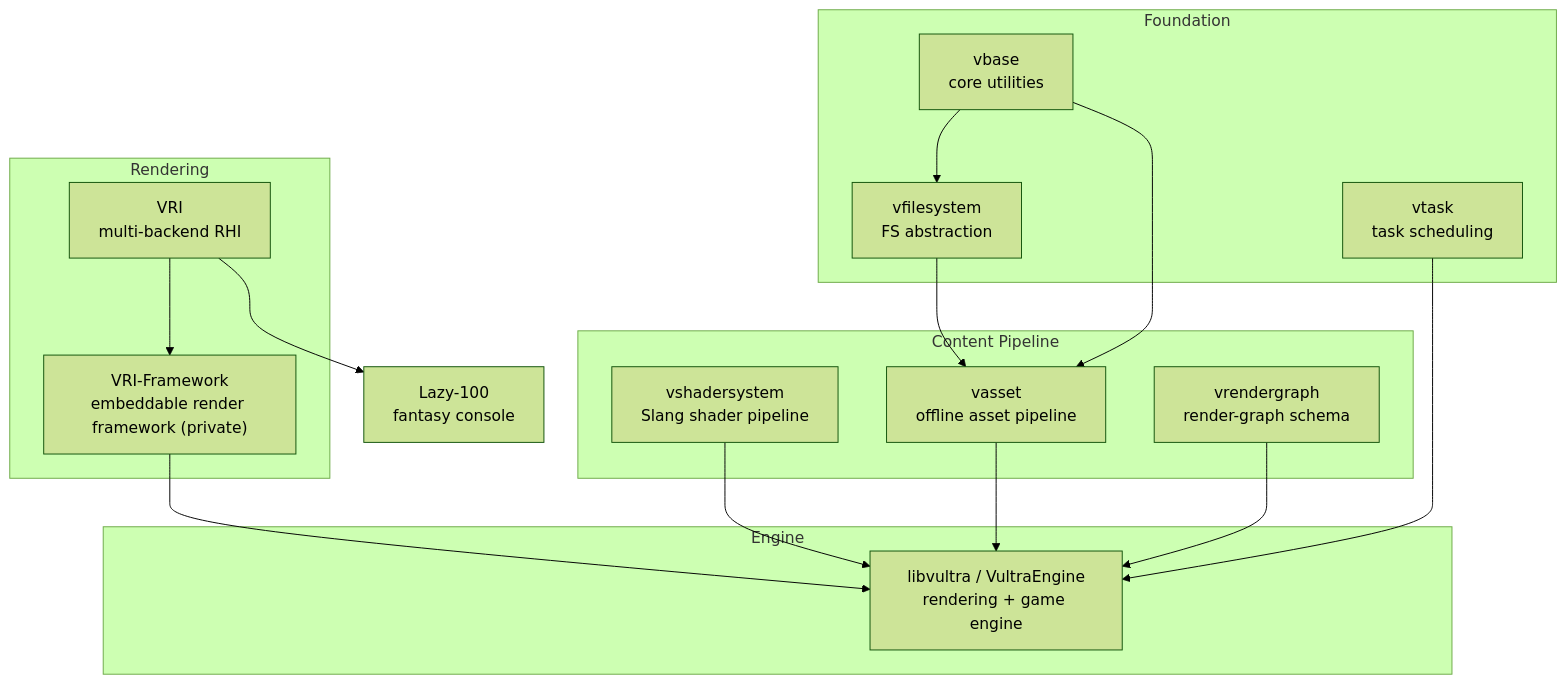
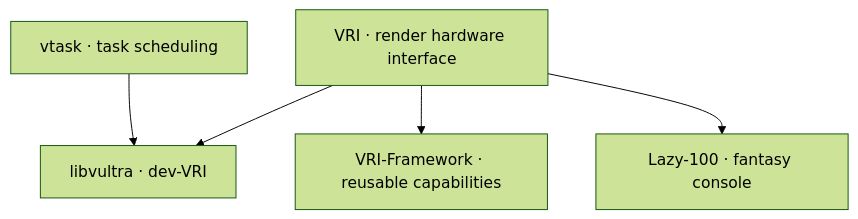
One commit to zzxzzk115/zzxzzk115.github.io changed the diagram in content/projects/vultra_ecosystem.md. Above: the diagram before and after it, drawn with Mermaid (forest theme). The commit also changed other lines of this file and 41 other files, not shown here.

````diff
--- a/content/projects/vultra_ecosystem.md
+++ b/content/projects/vultra_ecosystem.md
@@ -39,30 +45,7 @@
 ```mermaid
 flowchart TB
-    subgraph foundation["Foundation"]
-        vbase["vbase<br/>core utilities"]
-        vfilesystem["vfilesystem<br/>FS abstraction"]
-        vtask["vtask<br/>task scheduling"]
-    end
-    subgraph content["Content Pipeline"]
-        vshadersystem["vshadersystem<br/>Slang shader pipeline"]
-        vasset["vasset<br/>offline asset pipeline"]
-        vrendergraph["vrendergraph<br/>render-graph schema"]
-    end
-    subgraph rendering["Rendering"]
-        vri["VRI<br/>multi-backend RHI"]
-        vrf["VRI-Framework<br/>embeddable render framework (private)"]
-    end
-    subgraph engine["Engine"]
-        libvultra["libvultra / VultraEngine<br/>rendering + game engine"]
-    end
-    lazy["Lazy-100<br/>fantasy console"]
-
-    vbase --> vfilesystem --> vasset
-    vbase --> vasset
-    vri --> vrf --> libvultra
-    vshadersystem --> libvultra
-    vasset --> libvultra
-    vrendergraph --> libvultra
-    vtask --> libvultra
-    vri --> lazy
+    VRI["VRI · render hardware interface"] --> libvultra["libvultra · dev-VRI"]
+    VRI --> VRF["VRI-Framework · reusable capabilities"]
+    VRI --> Lazy["Lazy-100 · fantasy console"]
+    vtask["vtask · task scheduling"] --> libvultra
 ```
````
